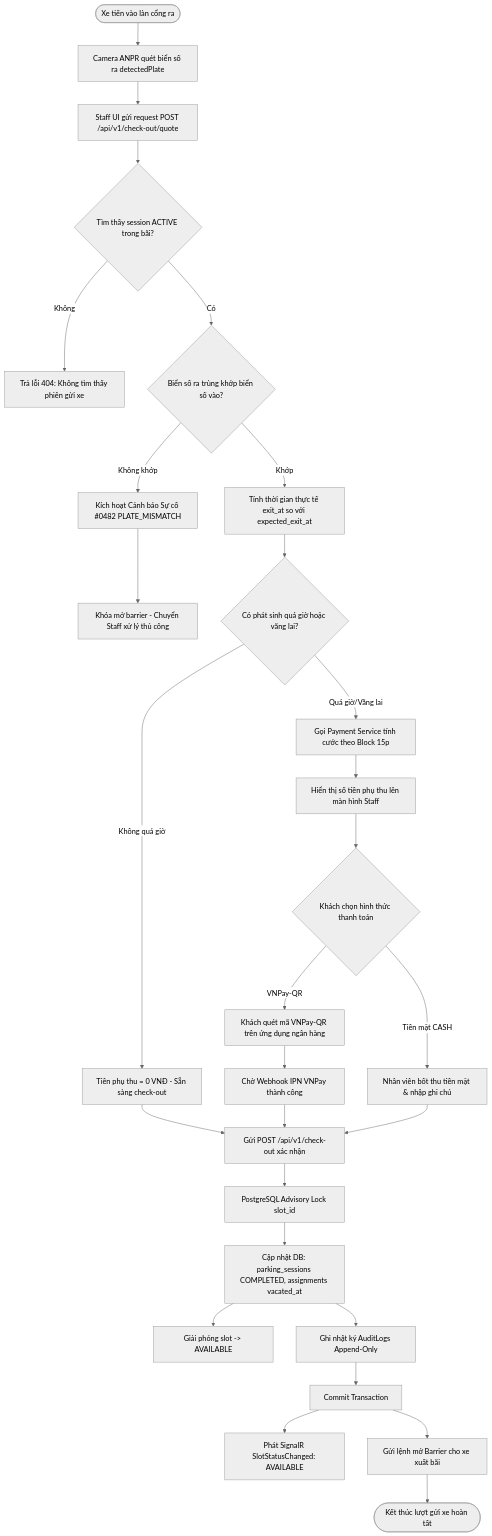
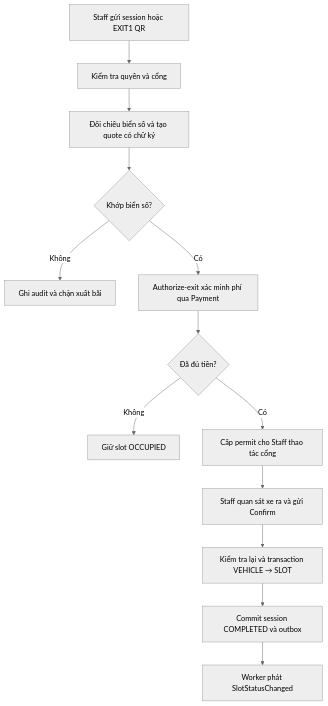
One commit to LittileMonkey/Parking3D changed the first of 2 diagrams in docs/S3-04_CheckOut_ReleaseSlot_Design.md. Above: the diagram before and after it, drawn with Mermaid (neutral theme). The commit also changed other lines of this file and 33 other files, not shown here.

First line of the commit message:
feat(parking): complete check-out hardening, payment settlement and test suite for SCRUM-70

````diff
--- a/docs/S3-04_CheckOut_ReleaseSlot_Design.md
+++ b/docs/S3-04_CheckOut_ReleaseSlot_Design.md
@@ -171,38 +66,15 @@
-```mermaid
+~~~mermaid
 flowchart TD
-    Start([Xe tiến vào làn cổng ra]) --> ReadCamera[Camera ANPR quét biển số ra detectedPlate]
-    ReadCamera --> CallQuote[Staff UI gửi request POST /api/v1/check-out/quote]
-    CallQuote --> CheckActiveSession{Tìm thấy session ACTIVE trong bãi?}
-    
-    CheckActiveSession -- Không --> Return404[Trả lỗi 404: Không tìm thấy phiên gửi xe]
-    CheckActiveSession -- Có --> ComparePlate{Biển số ra trùng khớp biển số vào?}
-    
-    ComparePlate -- Không khớp --> Trigger0482[Kích hoạt Cảnh báo Sự cố #0482 PLATE_MISMATCH]
-    Trigger0482 --> BlockAutoExit[Khóa mở barrier - Chuyển Staff xử lý thủ công]
-    
-    ComparePlate -- Khớp --> CalcTime[Tính thời gian thực tế exit_at so với expected_exit_at]
-    CalcTime --> CheckOverdue{Có phát sinh quá giờ hoặc vãng lai?}
-    
-    CheckOverdue -- Không quá giờ --> QuoteFree[Tiền phụ thu = 0 VNĐ - Sẵn sàng check-out]
-    CheckOverdue -- Quá giờ/Vãng lai --> CallPaymentEngine[Gọi Payment Service tính cước theo Block 15p]
-    CallPaymentEngine --> DisplayFee[Hiển thị số tiền phụ thu lên màn hình Staff]
-    
-    QuoteFree --> SendConfirm[Gửi POST /api/v1/check-out xác nhận]
-    DisplayFee --> PaymentProcess{Khách chọn hình thức thanh toán}
-    
-    PaymentProcess -- Tiền mặt CASH --> StaffCollect[Nhân viên bốt thu tiền mặt & nhập ghi chú]
-    PaymentProcess -- VNPay-QR --> CustomerScanQR[Khách quét mã VNPay-QR trên ứng dụng ngân hàng]
-    
-    CustomerScanQR --> WaitIPN[Chờ Webhook IPN VNPay thành công]
-    WaitIPN --> SendConfirm
-    StaffCollect --> SendConfirm
-    
-    SendConfirm --> AcquireLock[PostgreSQL Advisory Lock slot_id]
-    AcquireLock --> DBTransaction[Cập nhật DB: parking_sessions COMPLETED, assignments vacated_at]
-    DBTransaction --> ReleaseSlot[Giải phóng slot -> AVAILABLE]
-    DBTransaction --> AuditLog[Ghi nhật ký AuditLogs Append-Only]
-    AuditLog --> CommitTx[Commit Transaction]
-    CommitTx --> BroadcastSignalR[Phát SignalR SlotStatusChanged: AVAILABLE]
-    CommitTx --> OpenBarrier[Gửi lệnh mở Barrier cho xe xuất bãi]
-    OpenBarrier --> End([Kết thúc lượt gửi xe hoàn tất])
-```
+ A[Staff gửi session hoặc EXIT1 QR] --> B[Kiểm tra quyền và cổng]
+ B --> C[Đối chiếu biển số và tạo quote có chữ ký]
+ C --> D{Khớp biển số?}
+ D -- Không --> X[Ghi audit và chặn xuất bãi]
+ D -- Có --> E[Authorize-exit xác minh phí qua Payment]
+ E --> F{Đã đủ tiền?}
+ F -- Không --> Y[Giữ slot OCCUPIED]
+ F -- Có --> G[Cấp permit cho Staff thao tác cổng]
+ G --> H[Staff quan sát xe ra và gửi Confirm]
+ H --> I[Kiểm tra lại và transaction VEHICLE → SLOT]
+ I --> J[Commit session COMPLETED và outbox]
+ J --> K[Worker phát SlotStatusChanged]
+~~~
````
